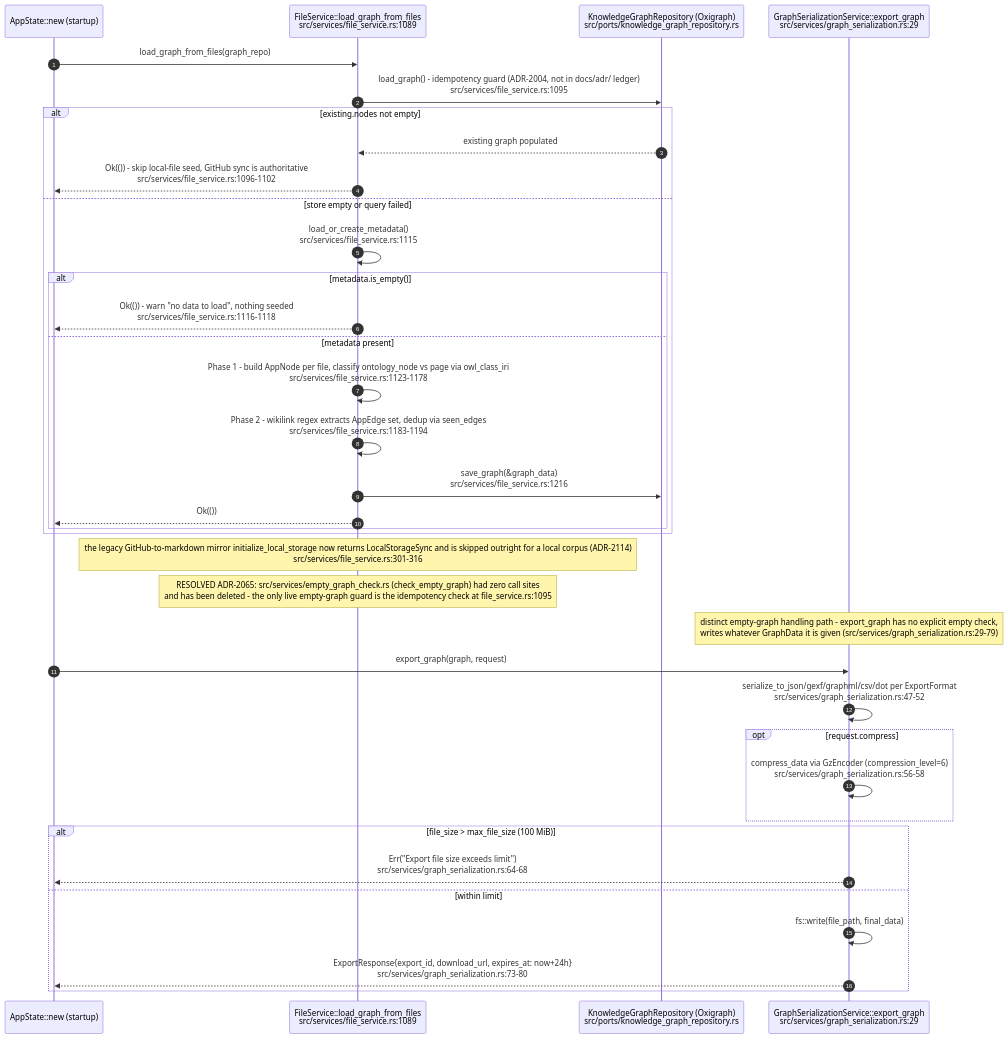
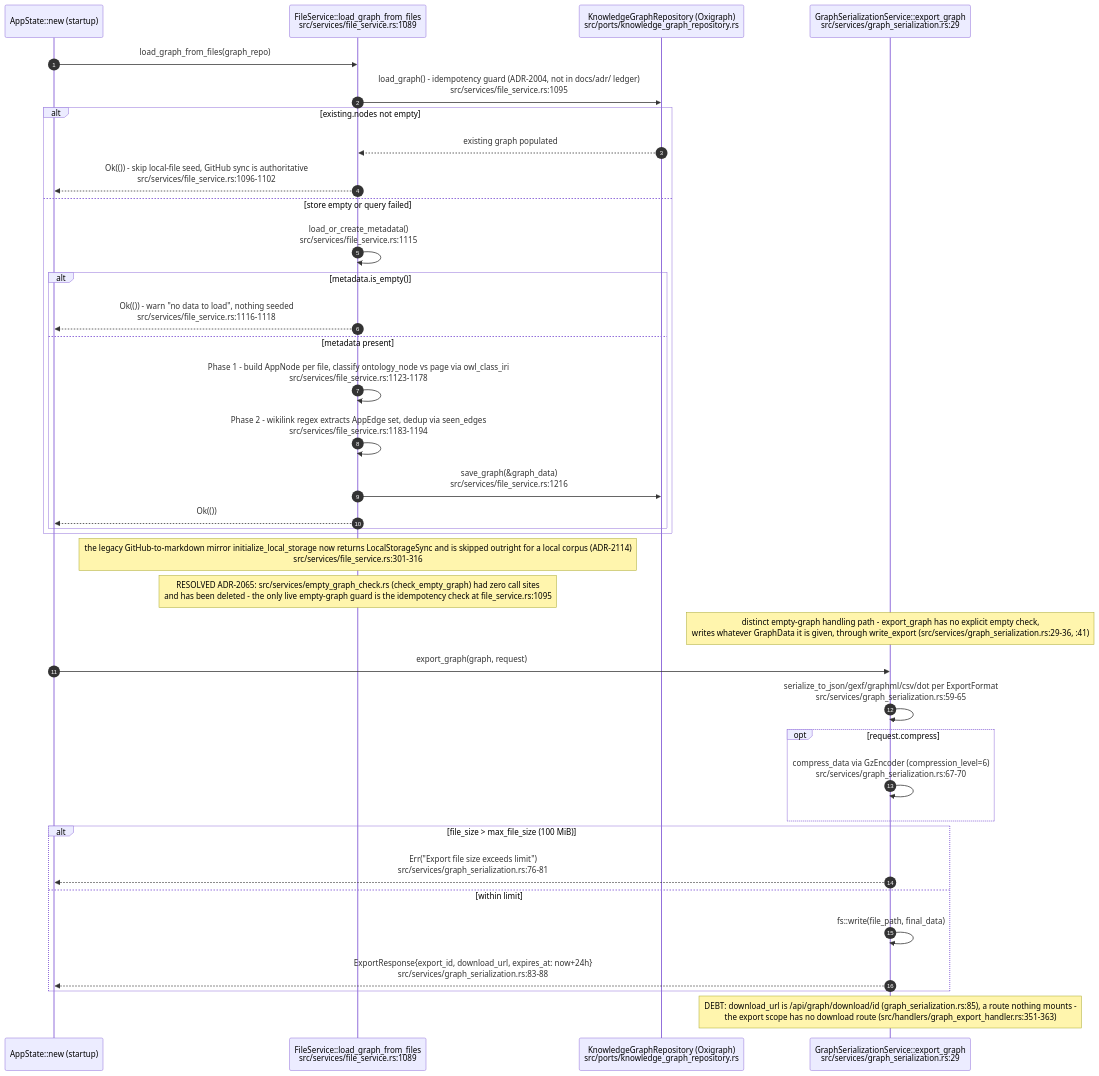
Diagram 11 of 12 in docs/diagrams/visionclaw/25-insight-kpi-nlq-semantics.md (DreamLab-AI/VisionFlow), drawn with Mermaid before and after one commit. The commit also changed other lines of this file and 46 other files, not shown here.

Commit message:
docs(diagrams): re-verify VisionClaw topics at 809a859aa/a950f4d80 after the consolidation pass

````diff
--- a/docs/diagrams/visionclaw/25-insight-kpi-nlq-semantics.md
+++ b/docs/diagrams/visionclaw/25-insight-kpi-nlq-semantics.md
@@ -451,41 +455,42 @@
 ```mermaid
 sequenceDiagram
     autonumber
     participant Boot as AppState::new (startup)
     participant FS as FileService::load_graph_from_files<br/>src/services/file_service.rs:1089
     participant Repo as KnowledgeGraphRepository (Oxigraph)<br/>src/ports/knowledge_graph_repository.rs
     participant GSS as GraphSerializationService::export_graph<br/>src/services/graph_serialization.rs:29
 
     Boot->>FS: load_graph_from_files(graph_repo)
     FS->>Repo: load_graph() - idempotency guard (ADR-2004, not in docs/adr/ ledger)<br/>src/services/file_service.rs:1095
     alt existing.nodes not empty
         Repo-->>FS: existing graph populated
         FS-->>Boot: Ok(()) - skip local-file seed, GitHub sync is authoritative<br/>src/services/file_service.rs:1096-1102
     else store empty or query failed
         FS->>FS: load_or_create_metadata()<br/>src/services/file_service.rs:1115
         alt metadata.is_empty()
             FS-->>Boot: Ok(()) - warn "no data to load", nothing seeded<br/>src/services/file_service.rs:1116-1118
         else metadata present
             FS->>FS: Phase 1 - build AppNode per file, classify ontology_node vs page via owl_class_iri<br/>src/services/file_service.rs:1123-1178
             FS->>FS: Phase 2 - wikilink regex extracts AppEdge set, dedup via seen_edges<br/>src/services/file_service.rs:1183-1194
             FS->>Repo: save_graph(&graph_data)<br/>src/services/file_service.rs:1216
             FS-->>Boot: Ok(())
         end
     end
 
     Note over FS: the legacy GitHub-to-markdown mirror initialize_local_storage now returns LocalStorageSync and is skipped outright for a local corpus (ADR-2114)<br/>src/services/file_service.rs:301-316
     Note over FS: RESOLVED ADR-2065: src/services/empty_graph_check.rs (check_empty_graph) had zero call sites<br/>and has been deleted - the only live empty-graph guard is the idempotency check at file_service.rs:1095
 
-    Note over GSS: distinct empty-graph handling path - export_graph has no explicit empty check,<br/>writes whatever GraphData it is given (src/services/graph_serialization.rs:29-79)
+    Note over GSS: distinct empty-graph handling path - export_graph has no explicit empty check,<br/>writes whatever GraphData it is given, through write_export (src/services/graph_serialization.rs:29-36, :41)
     Boot->>GSS: export_graph(graph, request)
-    GSS->>GSS: serialize_to_json/gexf/graphml/csv/dot per ExportFormat<br/>src/services/graph_serialization.rs:47-52
+    GSS->>GSS: serialize_to_json/gexf/graphml/csv/dot per ExportFormat<br/>src/services/graph_serialization.rs:59-65
     opt request.compress
-        GSS->>GSS: compress_data via GzEncoder (compression_level=6)<br/>src/services/graph_serialization.rs:56-58
+        GSS->>GSS: compress_data via GzEncoder (compression_level=6)<br/>src/services/graph_serialization.rs:67-70
     end
     alt file_size > max_file_size (100 MiB)
-        GSS-->>Boot: Err("Export file size exceeds limit")<br/>src/services/graph_serialization.rs:64-68
+        GSS-->>Boot: Err("Export file size exceeds limit")<br/>src/services/graph_serialization.rs:76-81
     else within limit
         GSS->>GSS: fs::write(file_path, final_data)
-        GSS-->>Boot: ExportResponse{export_id, download_url, expires_at: now+24h}<br/>src/services/graph_serialization.rs:73-80
+        GSS-->>Boot: ExportResponse{export_id, download_url, expires_at: now+24h}<br/>src/services/graph_serialization.rs:83-88
     end
+    Note over GSS: DEBT: download_url is /api/graph/download/id (graph_serialization.rs:85), a route nothing mounts -<br/>the export scope has no download route (src/handlers/graph_export_handler.rs:351-363)
 ```
````
